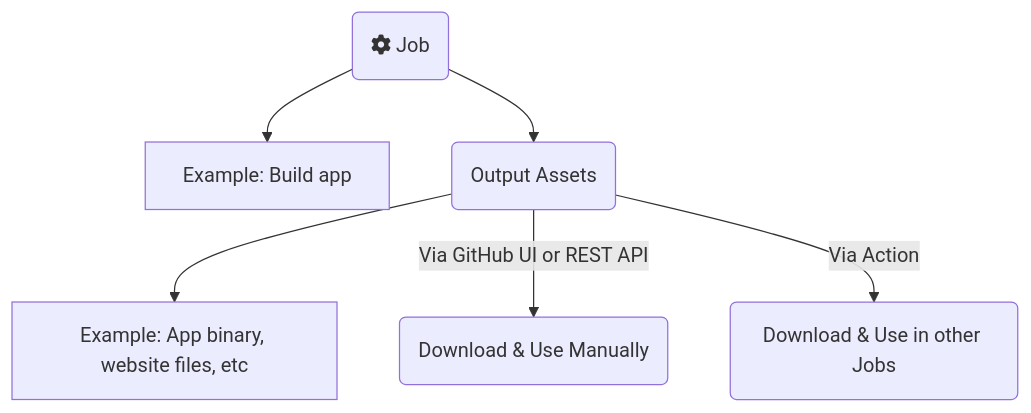
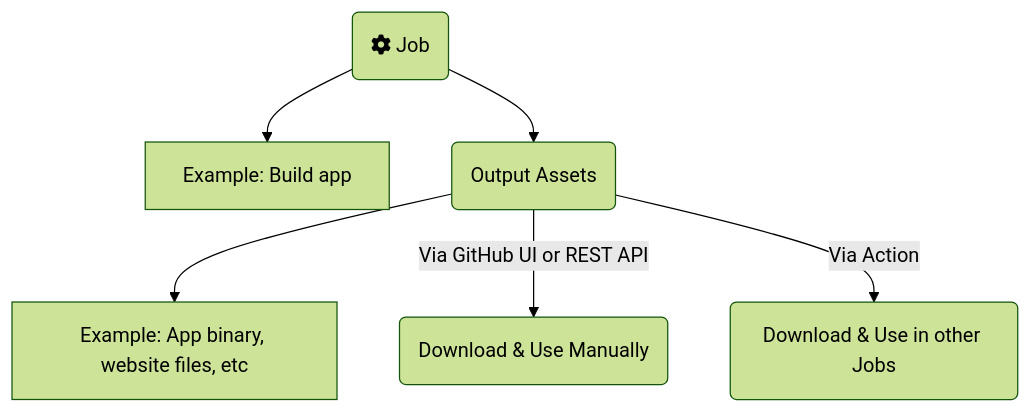
Before and after one commit to rtdevx/rtdevx.github.io: the diagram in content/posts/training/GitHub/2025-github-actions/05-artifacts-outputs/index.md, drawn with Mermaid.

Commit message:
Obsidian sync: 2025-12-09 09:52:04

```diff
--- a/content/posts/training/GitHub/2025-github-actions/05-artifacts-outputs/index.md
+++ b/content/posts/training/GitHub/2025-github-actions/05-artifacts-outputs/index.md
@@ -24,8 +24,12 @@
 {{< mermaid >}}
+---
+config:
+  theme: 'forest'
+---
 flowchart TD
   A(fa:fa-cog Job) --> B[Example: Build app]
   A --> C(Output Assets)
   C --> D[Example: App binary, website files, etc]
   C -->|Via GitHub UI or REST API| E(Download & Use Manually)
   C -->|Via Action| F(Download & Use in other Jobs)
 {{< /mermaid >}}
```
